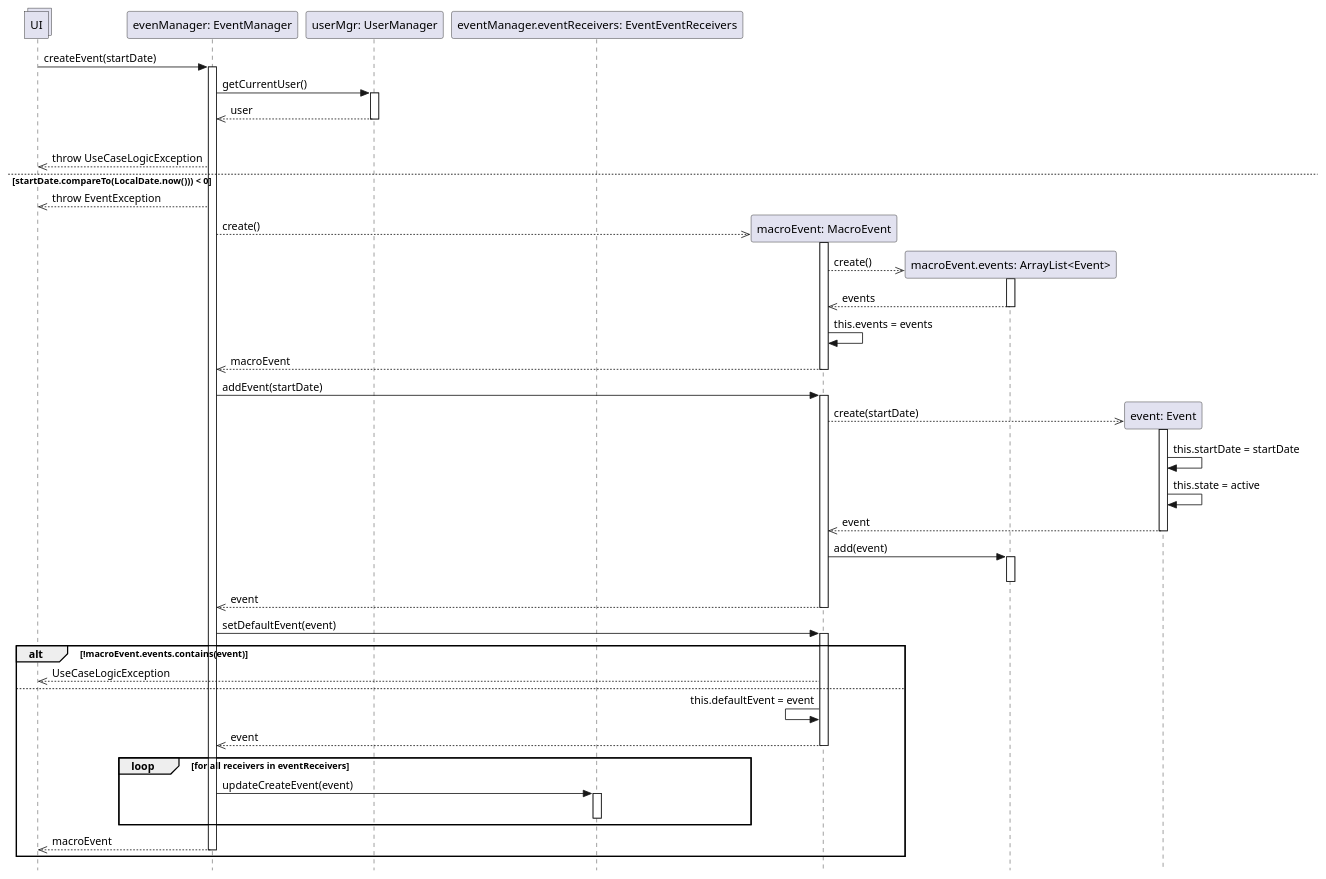
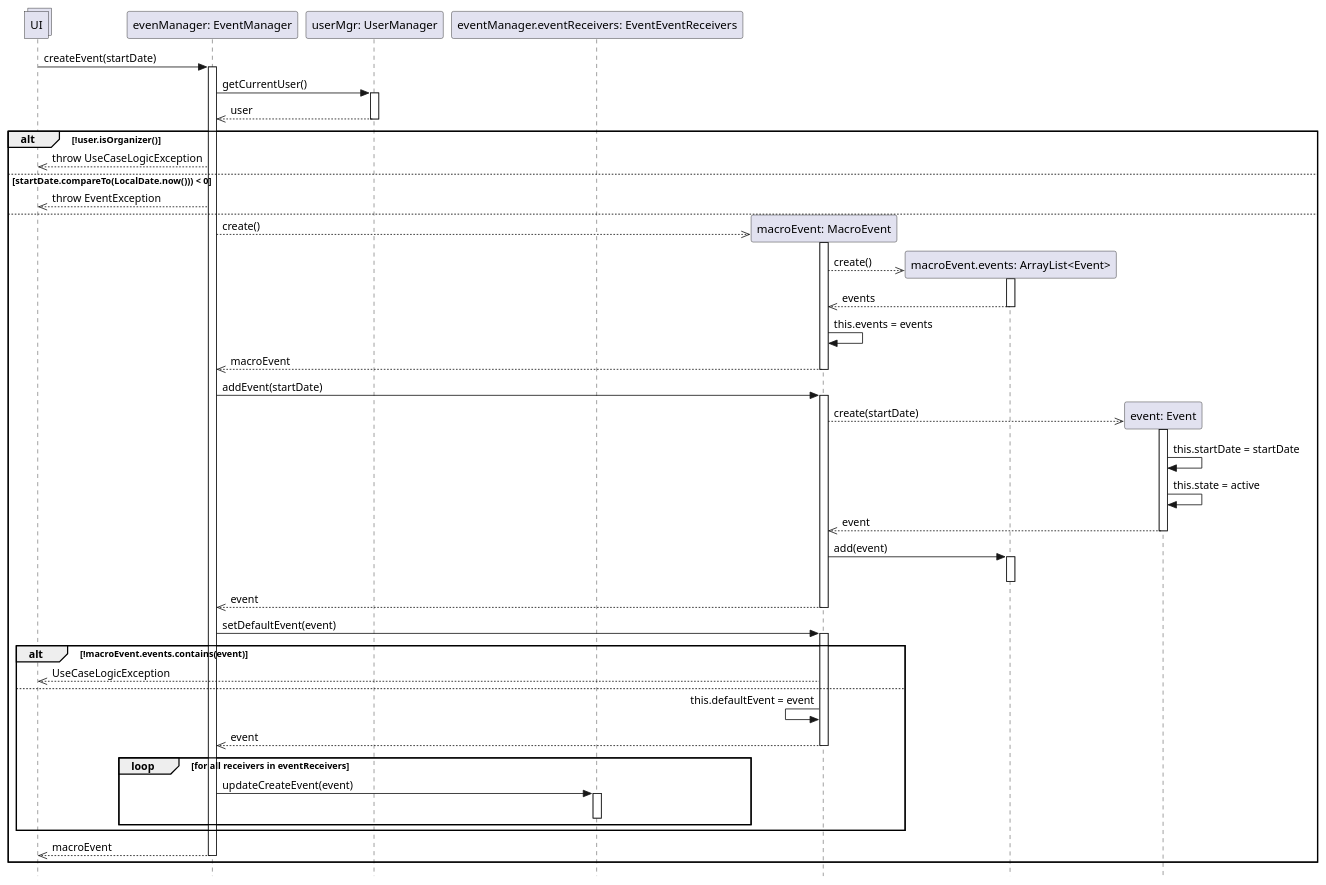
The diagram in UP/Progettazione/UC Gestire Eventi/DSD/DSD Operazione 1.puml (stefa168/sas-project), drawn with PlantUML before and after one commit.

```diff
--- a/UP/Progettazione/UC Gestire Eventi/DSD/DSD Operazione 1.puml
+++ b/UP/Progettazione/UC Gestire Eventi/DSD/DSD Operazione 1.puml
@@ -1,67 +1,67 @@
 @startuml
 skinparam Style strictuml
 
 collections UI
 participant "evenManager: EventManager" as em
 participant "userMgr: UserManager" as um
 participant "eventManager.eventReceivers: EventEventReceivers" as eer
 
 UI -> em: createEvent(startDate)
 activate em
 em -> um: getCurrentUser()
 activate um
 em <<-- um: user
 deactivate um
 
 alt !user.isOrganizer()
     UI <<-- em: throw UseCaseLogicException
 else startDate.compareTo(LocalDate.now())) < 0
     UI <<-- em: throw EventException
 else
     participant "macroEvent: MacroEvent" as maev
     em -->> maev **: create()
     activate maev
     participant "macroEvent.events: ArrayList<Event>" as events
     maev-->> events**:create()
     activate events
     maev <<-- events: events
     deactivate events
     maev -> maev: this.events = events
     em <<-- maev: macroEvent
     deactivate maev
 
     em -> maev: addEvent(startDate)
     activate maev
     participant "event: Event" as ev
     maev -->> ev **: create(startDate)
     activate ev
     ev->ev: this.startDate = startDate
     ev -> ev: this.state = active
     maev <<-- ev: event
     deactivate ev
     maev -> events: add(event)
     activate events
     deactivate events
     em <<-- maev: event
     deactivate maev
 
 
     em -> maev : setDefaultEvent(event)
     activate maev
     alt !macroEvent.events.contains(event)
-    UI <<-- maev: UseCaseLogicException
+        UI <<-- maev: UseCaseLogicException
     else
-    maev <- maev: this.defaultEvent = event
-    em <<-- maev: event
-    deactivate maev
-    loop for all receivers in eventReceivers
+        maev <- maev: this.defaultEvent = event
+        em <<-- maev: event
+        deactivate maev
+        loop for all receivers in eventReceivers
             em -> eer: updateCreateEvent(event)
             activate eer
             deactivate eer
+        end
     end
-
     UI <<-- em: macroEvent
     deactivate em
 end
 
 @enduml
```
